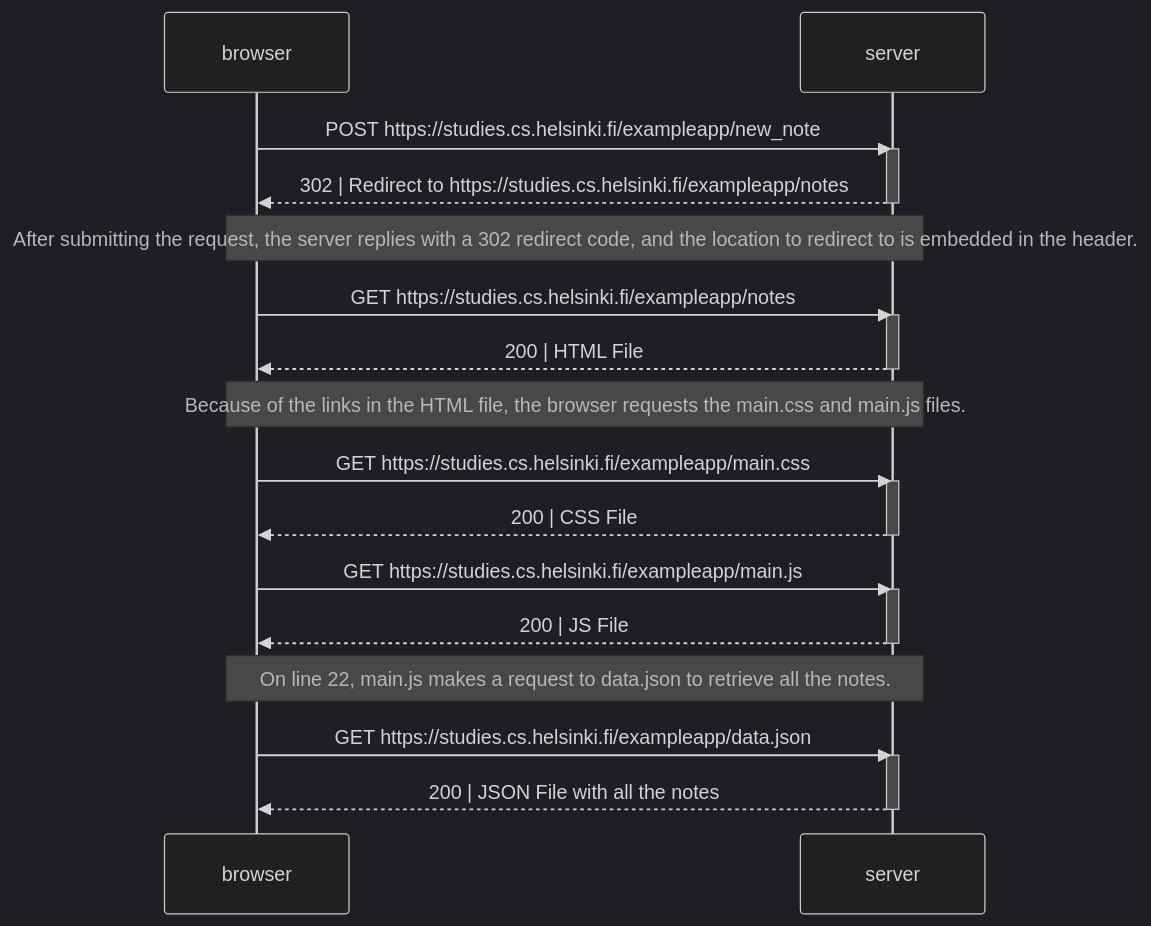
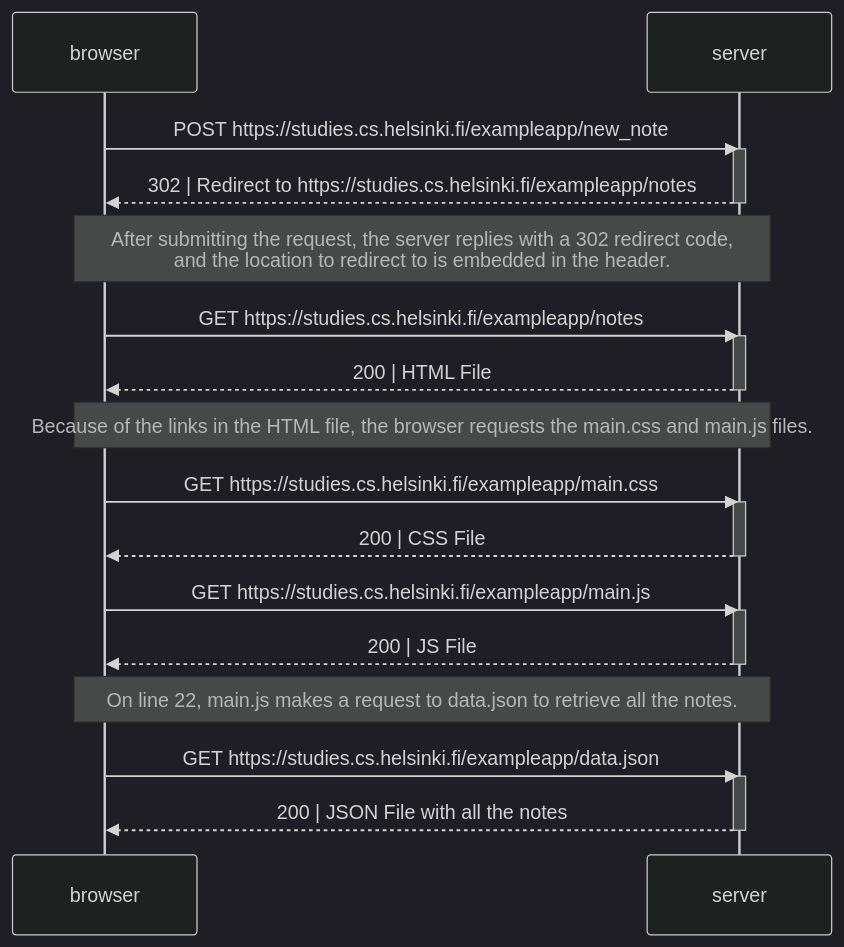
The diagram in part0/0.4-new_note_diagram.md (miguelcalvoruiz/fullstack-open), drawn with Mermaid (dark theme) before and after one commit.

Commit message:
br improve firts note

````diff
--- a/part0/0.4-new_note_diagram.md
+++ b/part0/0.4-new_note_diagram.md
@@ -1,38 +1,38 @@
 ```mermaid
 sequenceDiagram
 
     participant browser
     participant server
 
     browser->>server:POST https://studies.cs.helsinki.fi/exampleapp/new_note
     activate server
     server-->>browser: 302 | Redirect to https://studies.cs.helsinki.fi/exampleapp/notes
     deactivate server
 
-    Note over browser, server: After submitting the request, the server replies with a 302 redirect code, and the location to redirect to is embedded in the header.
+    Note over browser, server: After submitting the request, the server replies with a 302 redirect code,<br> and the location to redirect to is embedded in the header.
 
     browser->>server: GET https://studies.cs.helsinki.fi/exampleapp/notes
     activate server
     server-->>browser: 200 | HTML File
     deactivate server
 
     Note over browser, server: Because of the links in the HTML file, the browser requests the main.css and main.js files.
 
     browser->>server: GET https://studies.cs.helsinki.fi/exampleapp/main.css
     activate server
     server-->>browser: 200 | CSS File
     deactivate server
 
     browser->>server: GET https://studies.cs.helsinki.fi/exampleapp/main.js
     activate server
     server-->>browser: 200 | JS File
     deactivate server
 
     Note over browser, server: On line 22, main.js makes a request to data.json to retrieve all the notes.
 
     browser->>server: GET https://studies.cs.helsinki.fi/exampleapp/data.json
     activate server
     server-->>browser: 200 | JSON File with all the notes
     deactivate server
 
 ```
````
